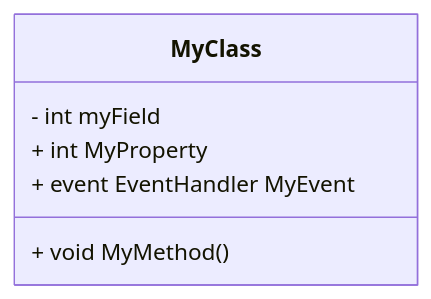
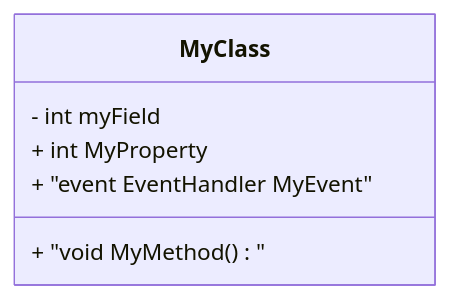
One commit to 42jerrykim/42jerrykim.github.io changed the third of 14 diagrams in content/post/2024/2024-10-15-csharp-class/index.md. Above: the diagram before and after it, drawn with Mermaid. The commit also changed other lines of this file and 239 other files, not shown here.

````diff
--- a/content/post/2024/2024-10-15-csharp-class/index.md
+++ b/content/post/2024/2024-10-15-csharp-class/index.md
@@ -333,9 +274,9 @@
 ```mermaid
 classDiagram
     class MyClass {
         - int myField
         + int MyProperty
-        + void MyMethod()
-        + event EventHandler MyEvent
+        + "void MyMethod()"
+        + "event EventHandler MyEvent"
     }
 ```
````
